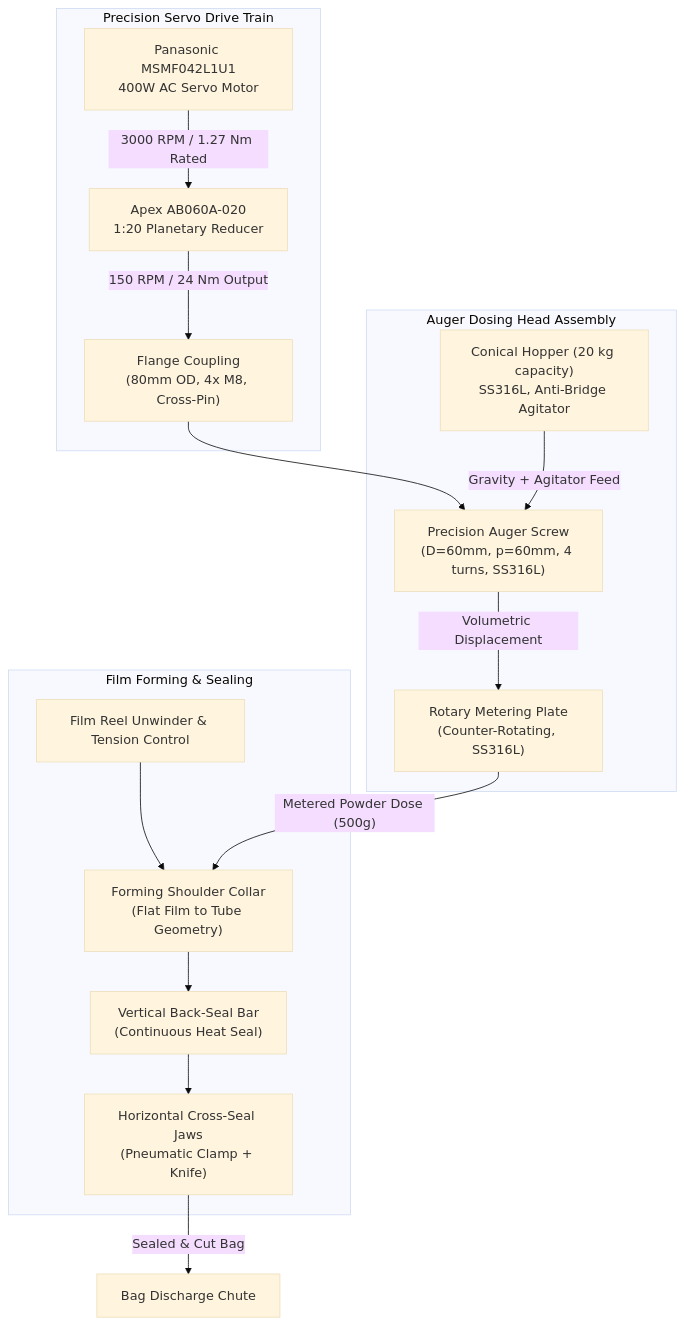
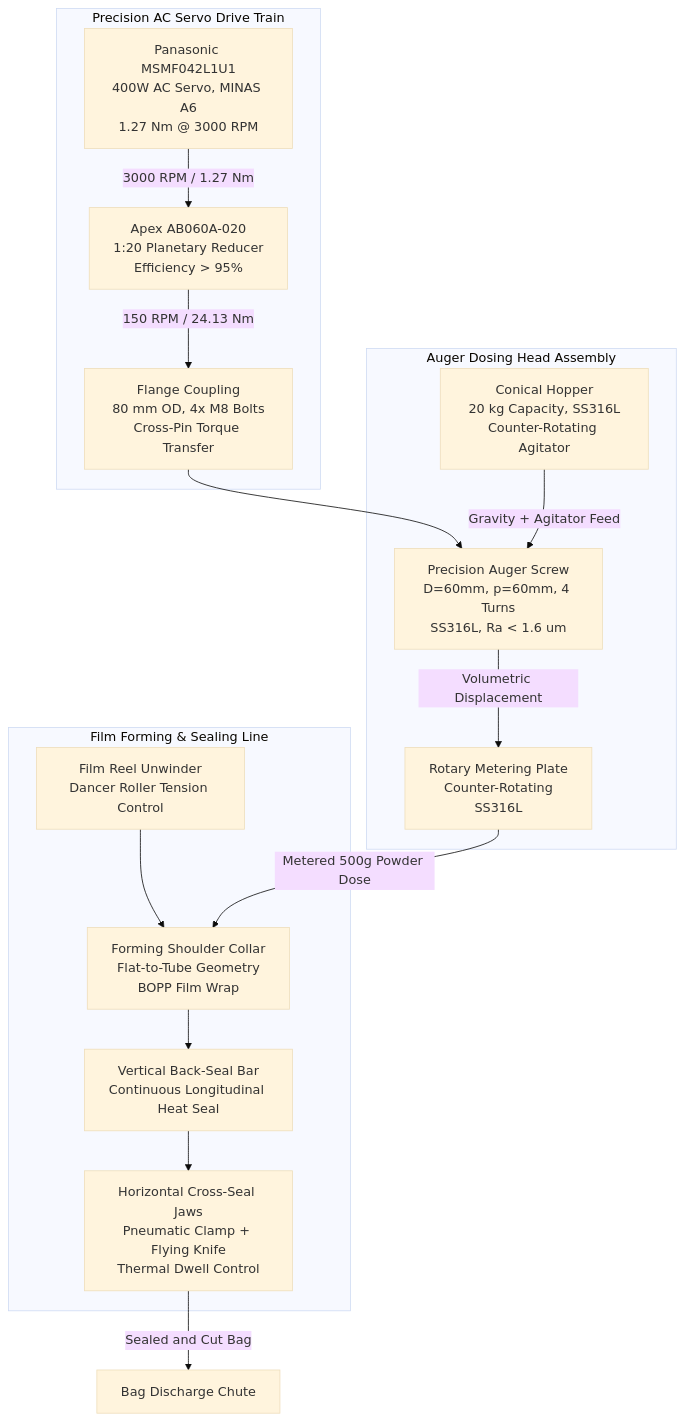
The first of 2 diagrams in README.md (Hassan-Moqbel/auger-filler-vffs-packaging-machine), drawn with Mermaid (base theme) before and after one commit. The commit also changed other lines of this file and 2 other files, not shown here.

Commit message:
docs(flagship): deploy comprehensive VFFS whitepaper with visual CAD banners, KaTeX fixes, and system gallery

````diff
--- a/README.md
+++ b/README.md
@@ -50,32 +60,32 @@
 ```mermaid
 flowchart TD
-    subgraph DriveStage["Precision Servo Drive Train"]
-        SERVO["Panasonic MSMF042L1U1<br/>400W AC Servo Motor"]
-        GEARBOX["Apex AB060A-020<br/>1:20 Planetary Reducer"]
-        COUPLING["Flange Coupling<br/>(80mm OD, 4x M8, Cross-Pin)"]
-        SERVO -->|"3000 RPM / 1.27 Nm Rated"| GEARBOX
-        GEARBOX -->|"150 RPM / 24 Nm Output"| COUPLING
+    subgraph ServoDrive["Precision AC Servo Drive Train"]
+        SERVO["Panasonic MSMF042L1U1<br/>400W AC Servo, MINAS A6<br/>1.27 Nm @ 3000 RPM"]
+        GEARBOX["Apex AB060A-020<br/>1:20 Planetary Reducer<br/>Efficiency > 95%"]
+        COUPLING["Flange Coupling<br/>80 mm OD, 4x M8 Bolts<br/>Cross-Pin Torque Transfer"]
+        SERVO -->|"3000 RPM / 1.27 Nm"| GEARBOX
+        GEARBOX -->|"150 RPM / 24.13 Nm"| COUPLING
     end
 
-    subgraph DosingHead["Auger Dosing Head Assembly"]
-        HOPPER["Conical Hopper (20 kg capacity)<br/>SS316L, Anti-Bridge Agitator"]
-        AUGER["Precision Auger Screw<br/>(D=60mm, p=60mm, 4 turns, SS316L)"]
-        PLATE["Rotary Metering Plate<br/>(Counter-Rotating, SS316L)"]
+    subgraph AugerHead["Auger Dosing Head Assembly"]
+        HOPPER["Conical Hopper<br/>20 kg Capacity, SS316L<br/>Counter-Rotating Agitator"]
+        AUGER["Precision Auger Screw<br/>D=60mm, p=60mm, 4 Turns<br/>SS316L, Ra < 1.6 um"]
+        PLATE["Rotary Metering Plate<br/>Counter-Rotating<br/>SS316L"]
         COUPLING --> AUGER
         HOPPER -->|"Gravity + Agitator Feed"| AUGER
         AUGER -->|"Volumetric Displacement"| PLATE
     end
 
-    subgraph FilmPath["Film Forming & Sealing"]
-        UNWIND["Film Reel Unwinder & Tension Control"]
-        FORMER["Forming Shoulder Collar<br/>(Flat Film to Tube Geometry)"]
-        VSEAL["Vertical Back-Seal Bar<br/>(Continuous Heat Seal)"]
-        HSEAL["Horizontal Cross-Seal Jaws<br/>(Pneumatic Clamp + Knife)"]
+    subgraph FilmSystem["Film Forming & Sealing Line"]
+        UNWIND["Film Reel Unwinder<br/>Dancer Roller Tension Control"]
+        FORMER["Forming Shoulder Collar<br/>Flat-to-Tube Geometry<br/>BOPP Film Wrap"]
+        VSEAL["Vertical Back-Seal Bar<br/>Continuous Longitudinal Heat Seal"]
+        HSEAL["Horizontal Cross-Seal Jaws<br/>Pneumatic Clamp + Flying Knife<br/>Thermal Dwell Control"]
         UNWIND --> FORMER
         FORMER --> VSEAL
         VSEAL --> HSEAL
     end
 
-    PLATE -->|"Metered Powder Dose (500g)"| FORMER
-    HSEAL -->|"Sealed & Cut Bag"| DISCHARGE["Bag Discharge Chute"]
+    PLATE -->|"Metered 500g Powder Dose"| FORMER
+    HSEAL -->|"Sealed and Cut Bag"| DISCHARGE["Bag Discharge Chute"]
 ```
````
